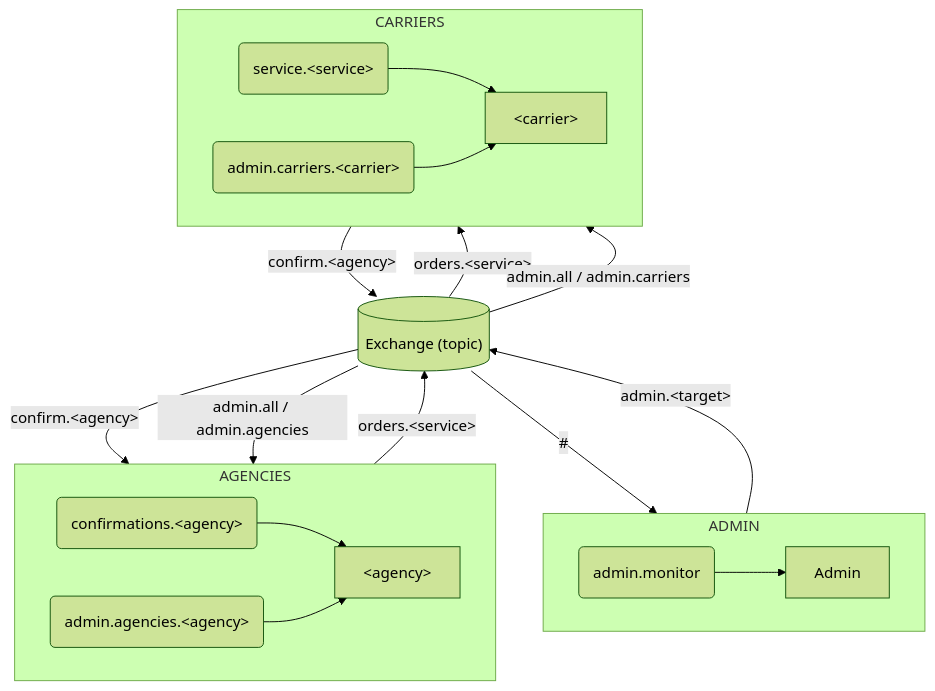
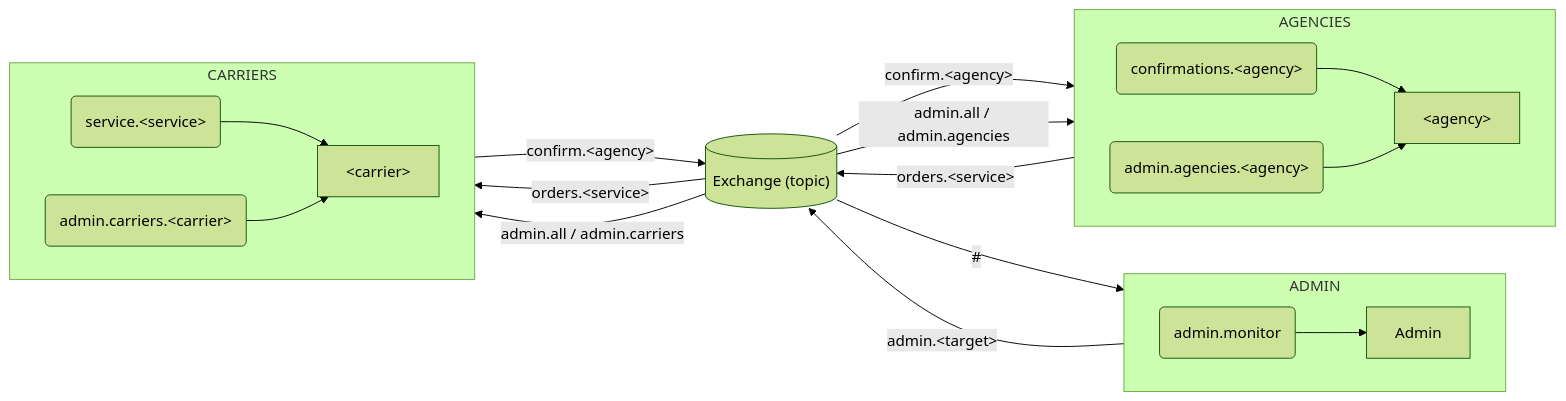
Before and after one commit to Mosder/agh: the diagram in sem6/rozprochy/tasks/task5/schema.md, drawn with Mermaid (forest theme).

Commit message:
rozprochy

````diff
--- a/sem6/rozprochy/tasks/task5/schema.md
+++ b/sem6/rozprochy/tasks/task5/schema.md
@@ -1,33 +1,33 @@
 ```mermaid
-flowchart TB
+flowchart LR
     subgraph ADMIN
         direction LR
         AD[Admin]
         QAD(admin.monitor)
     end
 
     subgraph AGENCIES
         direction LR
         A[&lt;agency&gt;]
         QA(confirmations.&lt;agency&gt;)
         QAAD(admin.agencies.&lt;agency&gt;)
     end
 
     subgraph CARRIERS
         direction LR
         C[&lt;carrier&gt;]
         QS(service.&lt;service&gt;)
         QC(admin.carriers.&lt;carrier&gt;)
     end
 
     AD -- admin.&lt;target&gt; --> X[("Exchange (topic)")]
     X -- "#" --> QAD --> AD
 
     A -- orders.&lt;service&gt; --> X
     X -- confirm.&lt;agency&gt; --> QA --> A
     X -- admin.all / admin.agencies --> QAAD --> A
 
     C -- confirm.&lt;agency&gt; --> X
     X -- orders.&lt;service&gt; --> QS --> C
     X -- admin.all / admin.carriers --> QC --> C
 ```
````
